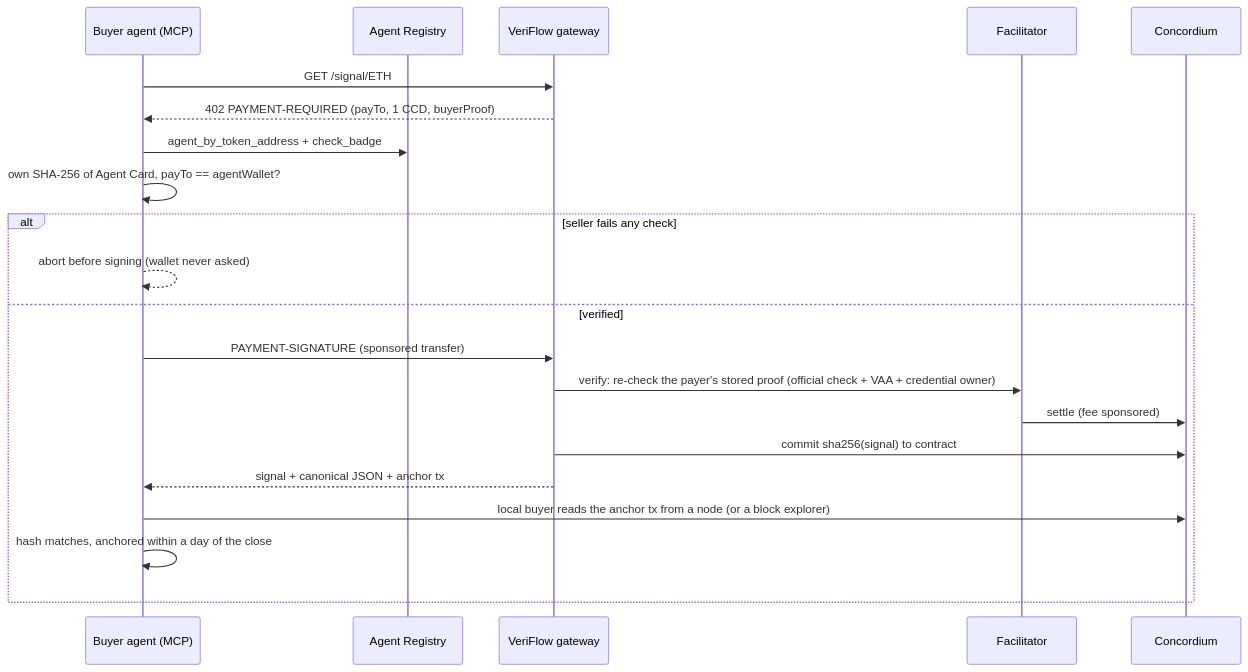
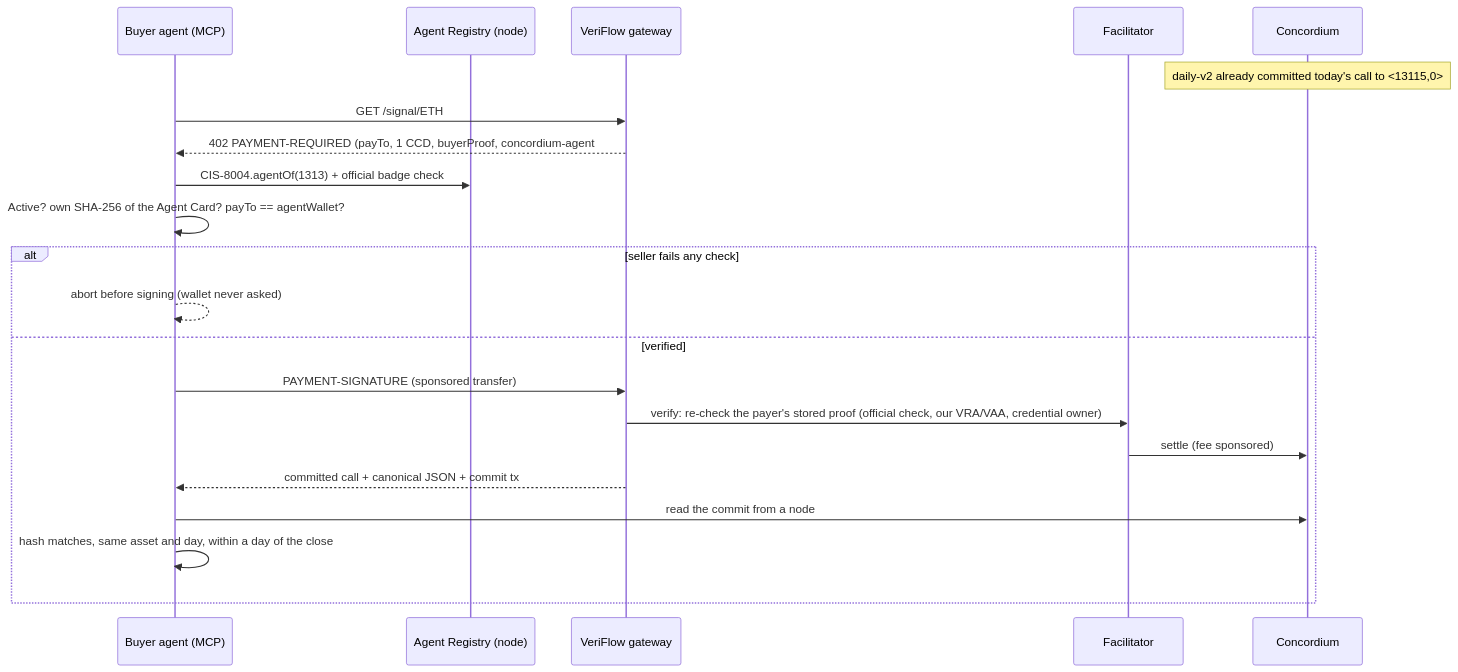
The second of 2 diagrams in README.md (jiahaoc040-ai/veriflow), drawn with Mermaid before and after one commit. The commit also changed other lines of this file and 4 other files, not shown here.

First line of the commit message:
README and TRY_IT rewritten for a first-time judge; buyer CLI prints the seller check

````diff
--- a/README.md
+++ b/README.md
@@ -58,23 +91,23 @@
 ```mermaid
 sequenceDiagram
   participant B as Buyer agent (MCP)
-  participant R as Agent Registry
+  participant R as Agent Registry (node)
   participant G as VeriFlow gateway
   participant F as Facilitator
   participant C as Concordium
+  Note over C: daily-v2 already committed today's call to <13115,0>
   B->>G: GET /signal/ETH
-  G-->>B: 402 PAYMENT-REQUIRED (payTo, 1 CCD, buyerProof)
-  B->>R: agent_by_token_address + check_badge
-  B->>B: own SHA-256 of Agent Card, payTo == agentWallet?
+  G-->>B: 402 PAYMENT-REQUIRED (payTo, 1 CCD, buyerProof, concordium-agent #1313)
+  B->>R: CIS-8004.agentOf(1313) + official badge check
+  B->>B: Active? own SHA-256 of the Agent Card? payTo == agentWallet?
   alt seller fails any check
     B-->>B: abort before signing (wallet never asked)
   else verified
     B->>G: PAYMENT-SIGNATURE (sponsored transfer)
-    G->>F: verify: re-check the payer's stored proof (official check + VAA + credential owner)
+    G->>F: verify: re-check the payer's stored proof (official check, our VRA/VAA, credential owner)
     F->>C: settle (fee sponsored)
-    G->>C: commit sha256(signal) to contract
-    G-->>B: signal + canonical JSON + anchor tx
-    B->>C: local buyer reads the anchor tx from a node (or a block explorer)
-    B->>B: hash matches, anchored within a day of the close
+    G-->>B: committed call + canonical JSON + commit tx
+    B->>C: read the commit from a node
+    B->>B: hash matches, same asset and day, within a day of the close
   end
 ```
````
